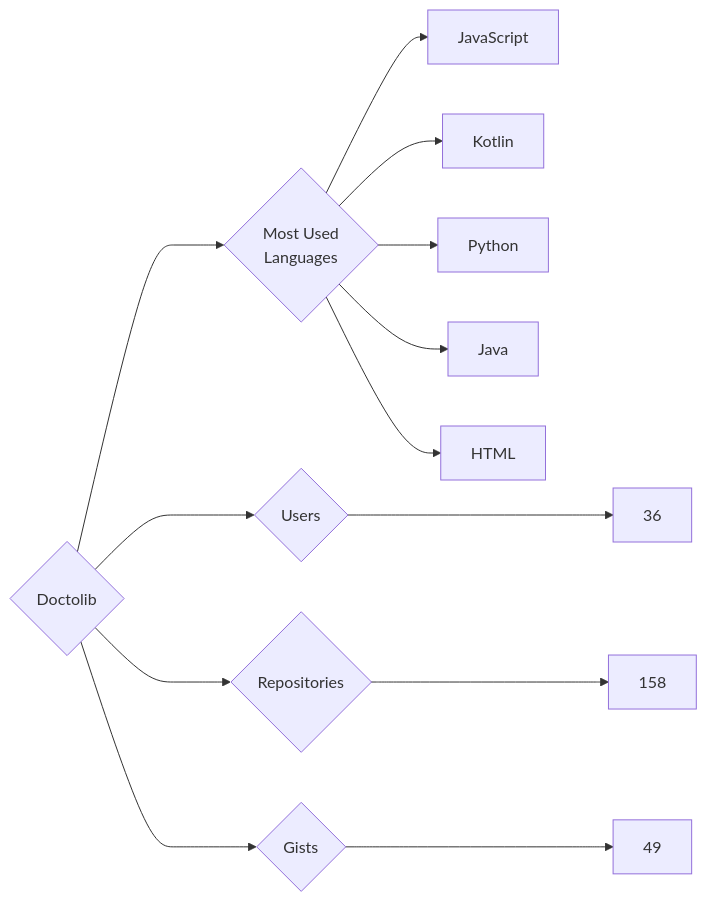
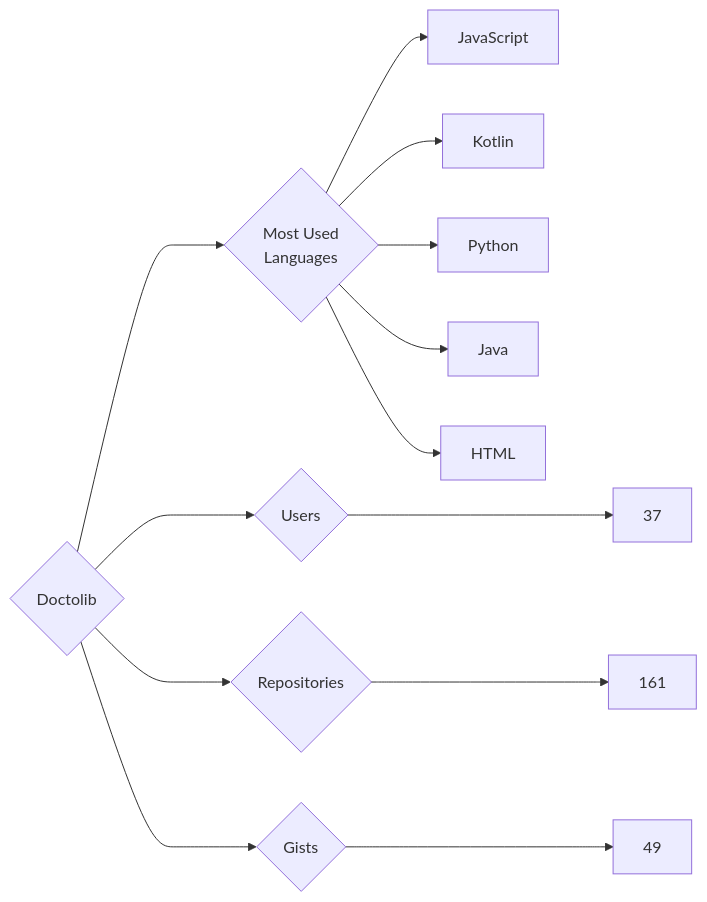
The diagram in targets/Doctolib/README.md (trickest/insiders), drawn with Mermaid before and after one commit. The commit also changed 993 other files, not shown here.

````diff
--- a/targets/Doctolib/README.md
+++ b/targets/Doctolib/README.md
@@ -3,13 +3,13 @@
 ```mermaid
 graph LR
 COMPANY_NAME{Doctolib}
-COMPANY_NAME ---> U{Users} ---> UN[36]
-COMPANY_NAME ---> R{Repositories} ---> RN[158]
+COMPANY_NAME ---> U{Users} ---> UN[37]
+COMPANY_NAME ---> R{Repositories} ---> RN[161]
 COMPANY_NAME ---> G{Gists} ---> GN[49]
 COMPANY_NAME ---> ML{Most Used<br>Languages}
 ML --> JavaScript[JavaScript]
 ML --> Kotlin[Kotlin]
 ML --> Python[Python]
 ML --> Java[Java]
 ML --> HTML[HTML]
 ```
````
